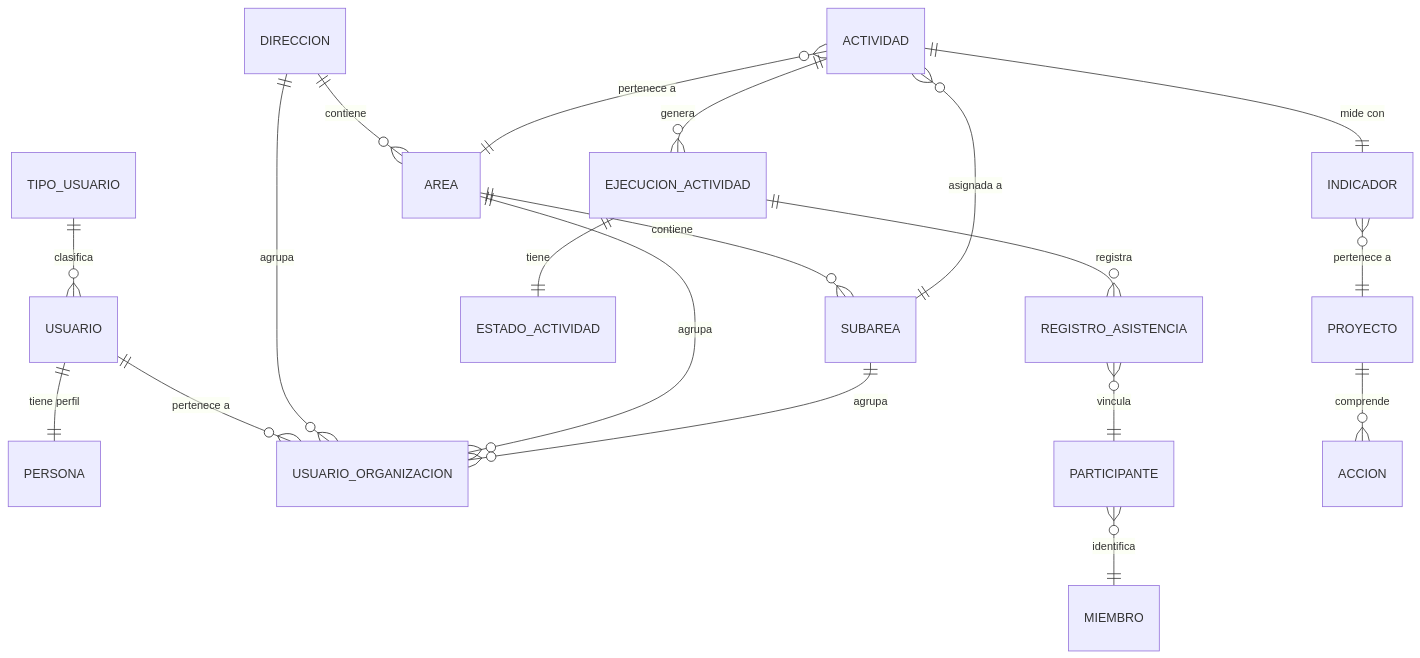
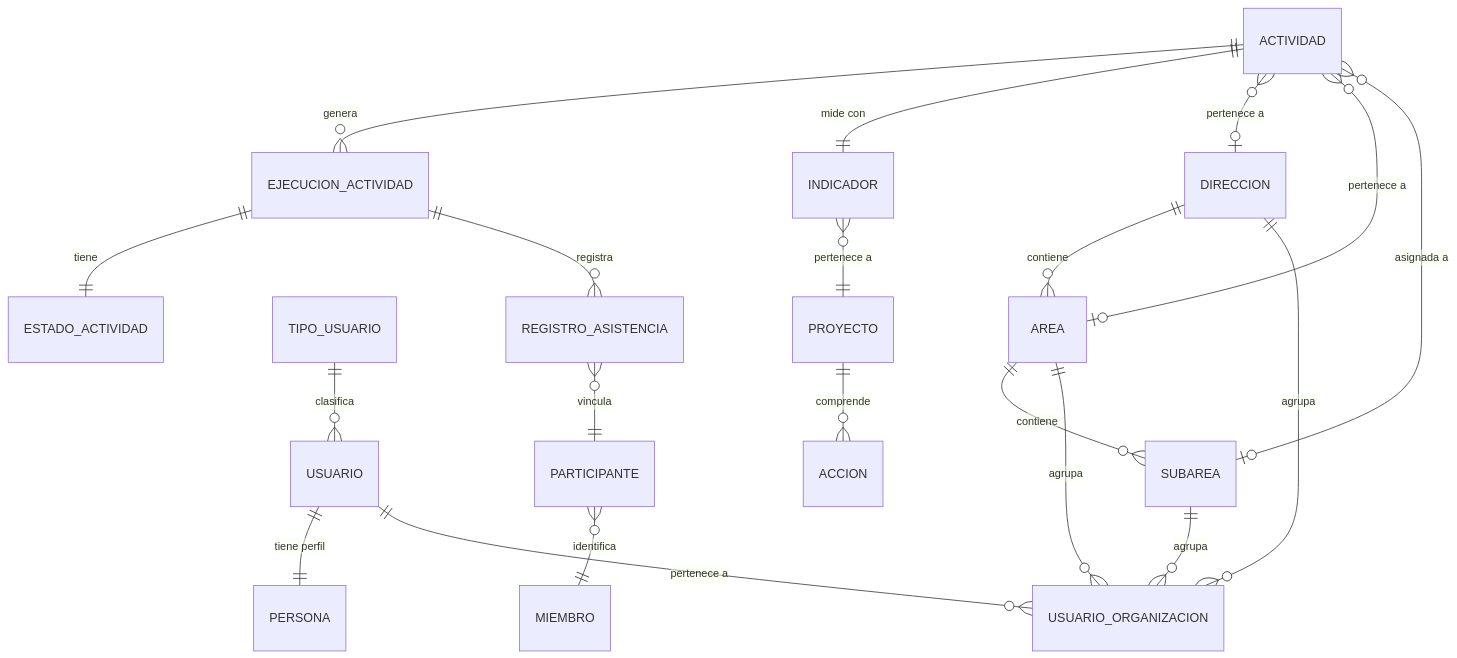
The first of 7 diagrams in docs/artifacts/24.diagrama_del_modelo_entidad_relacion.md (sibeuco/DocumentacionSibe), drawn with Mermaid before and after one commit. The commit also changed other lines of this file and 5 other files, not shown here.

````diff
--- a/docs/artifacts/24.diagrama_del_modelo_entidad_relacion.md
+++ b/docs/artifacts/24.diagrama_del_modelo_entidad_relacion.md
@@ -109,25 +108,26 @@
 ```mermaid
 erDiagram
     DIRECCION ||--o{ AREA : "contiene"
     AREA ||--o{ SUBAREA : "contiene"
 
     USUARIO ||--|| PERSONA : "tiene perfil"
     USUARIO ||--o{ USUARIO_ORGANIZACION : "pertenece a"
     DIRECCION ||--o{ USUARIO_ORGANIZACION : "agrupa"
     AREA ||--o{ USUARIO_ORGANIZACION : "agrupa"
     SUBAREA ||--o{ USUARIO_ORGANIZACION : "agrupa"
     TIPO_USUARIO ||--o{ USUARIO : "clasifica"
 
     ACTIVIDAD ||--o{ EJECUCION_ACTIVIDAD : "genera"
     EJECUCION_ACTIVIDAD ||--|| ESTADO_ACTIVIDAD : "tiene"
     EJECUCION_ACTIVIDAD ||--o{ REGISTRO_ASISTENCIA : "registra"
     REGISTRO_ASISTENCIA }o--|| PARTICIPANTE : "vincula"
 
     INDICADOR }o--|| PROYECTO : "pertenece a"
     PROYECTO ||--o{ ACCION : "comprende"
     ACTIVIDAD ||--|| INDICADOR : "mide con"
-    ACTIVIDAD }o--|| AREA : "pertenece a"
-    ACTIVIDAD }o--|| SUBAREA : "asignada a"
+    ACTIVIDAD }o--o| DIRECCION : "pertenece a"
+    ACTIVIDAD }o--o| AREA : "pertenece a"
+    ACTIVIDAD }o--o| SUBAREA : "asignada a"
 
     PARTICIPANTE }o--|| MIEMBRO : "identifica"
 ```
````
